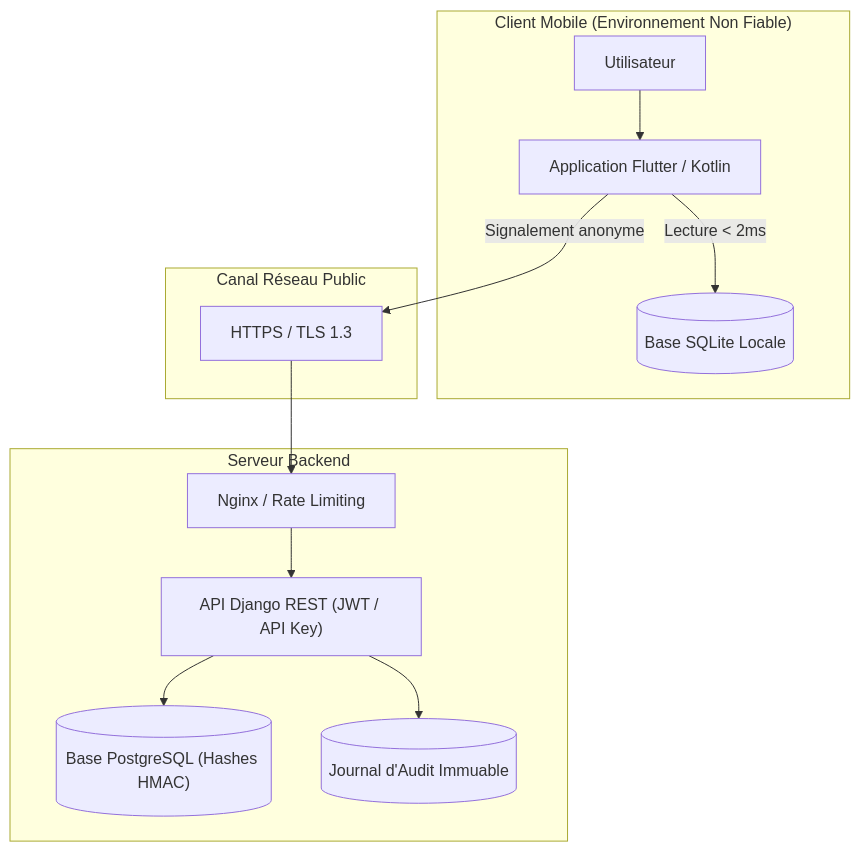
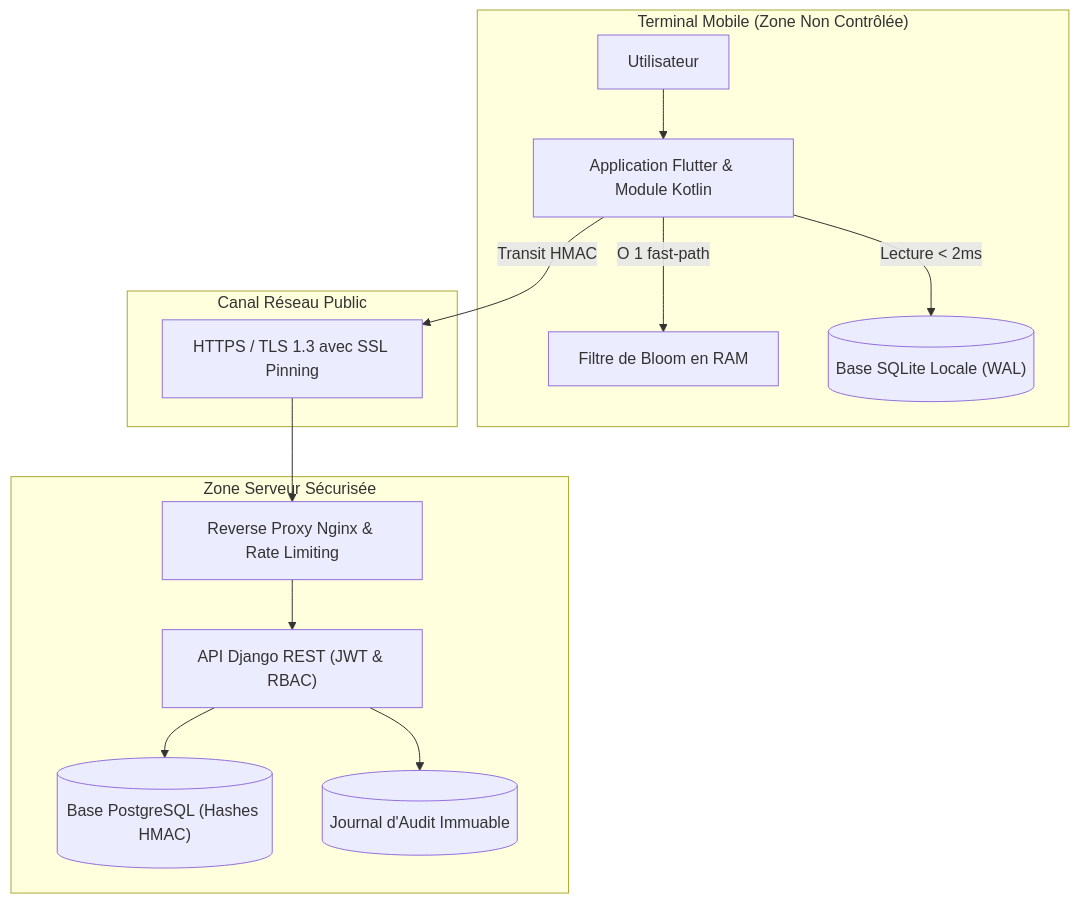
One commit to fadelilyas01/Projet-Synth-se changed the diagram in docs/SECURITY_AND_THREAT_MODEL.md. Above: the diagram before and after it, drawn with Mermaid. The commit also changed other lines of this file and 13 other files, not shown here.

````diff
--- a/docs/SECURITY_AND_THREAT_MODEL.md
+++ b/docs/SECURITY_AND_THREAT_MODEL.md
@@ -94,27 +77,29 @@
 ```mermaid
 flowchart TD
-    subgraph Client ["Client Mobile (Environnement Non Fiable)"]
+    subgraph Client ["Terminal Mobile (Zone Non Contrôlée)"]
         User["Utilisateur"]
-        App["Application Flutter / Kotlin"]
-        LocalDB[("Base SQLite Locale")]
+        App["Application Flutter & Module Kotlin"]
+        Bloom["Filtre de Bloom en RAM"]
+        LocalDB[("Base SQLite Locale (WAL)")]
     end
 
     subgraph Reseau ["Canal Réseau Public"]
-        Transit["HTTPS / TLS 1.3"]
+        Transit["HTTPS / TLS 1.3 avec SSL Pinning"]
     end
 
-    subgraph Serveur ["Serveur Backend"]
-        Gateway["Nginx / Rate Limiting"]
-        Django["API Django REST (JWT / API Key)"]
+    subgraph Serveur ["Zone Serveur Sécurisée"]
+        Gateway["Reverse Proxy Nginx & Rate Limiting"]
+        Django["API Django REST (JWT & RBAC)"]
         Postgres[("Base PostgreSQL (Hashes HMAC)")]
         Audit[("Journal d'Audit Immuable")]
     end
 
     User --> App
+    App -->|O 1 fast-path| Bloom
     App -->|Lecture < 2ms| LocalDB
-    App -->|Signalement anonyme| Transit
+    App -->|Transit HMAC| Transit
     Transit --> Gateway
     Gateway --> Django
     Django --> Postgres
     Django --> Audit
 ```
````
